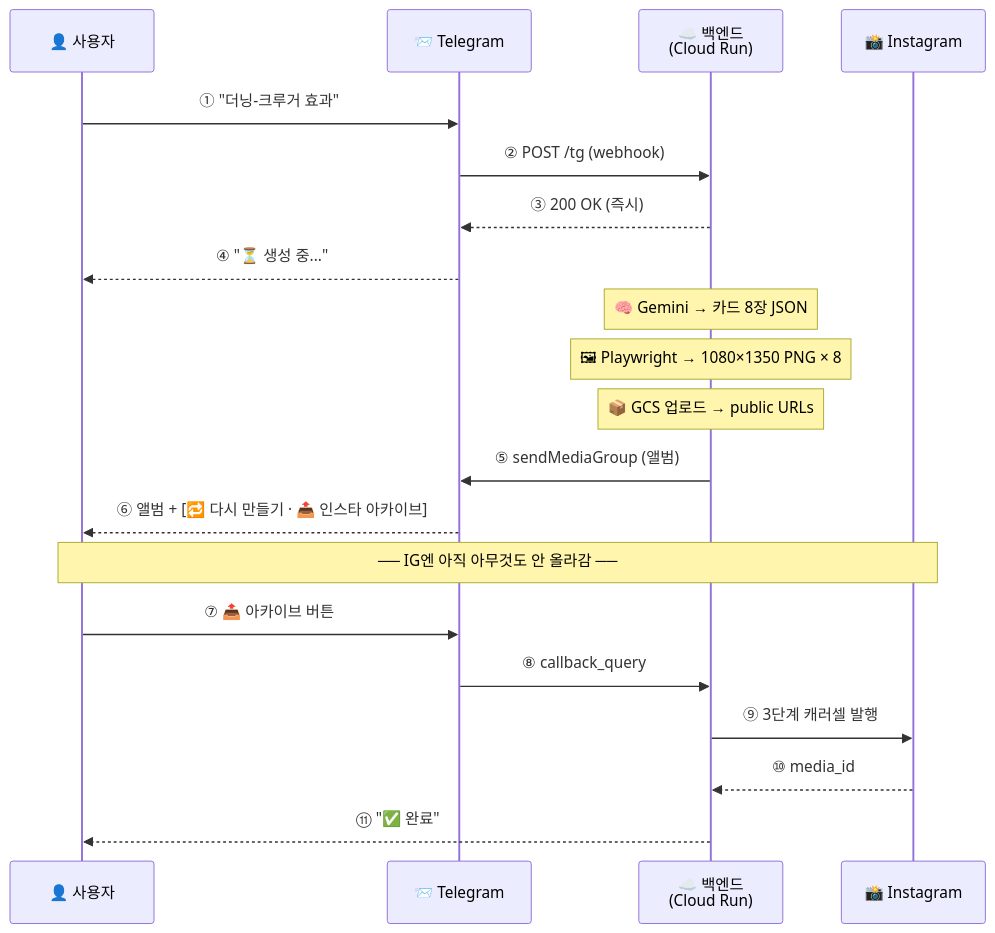
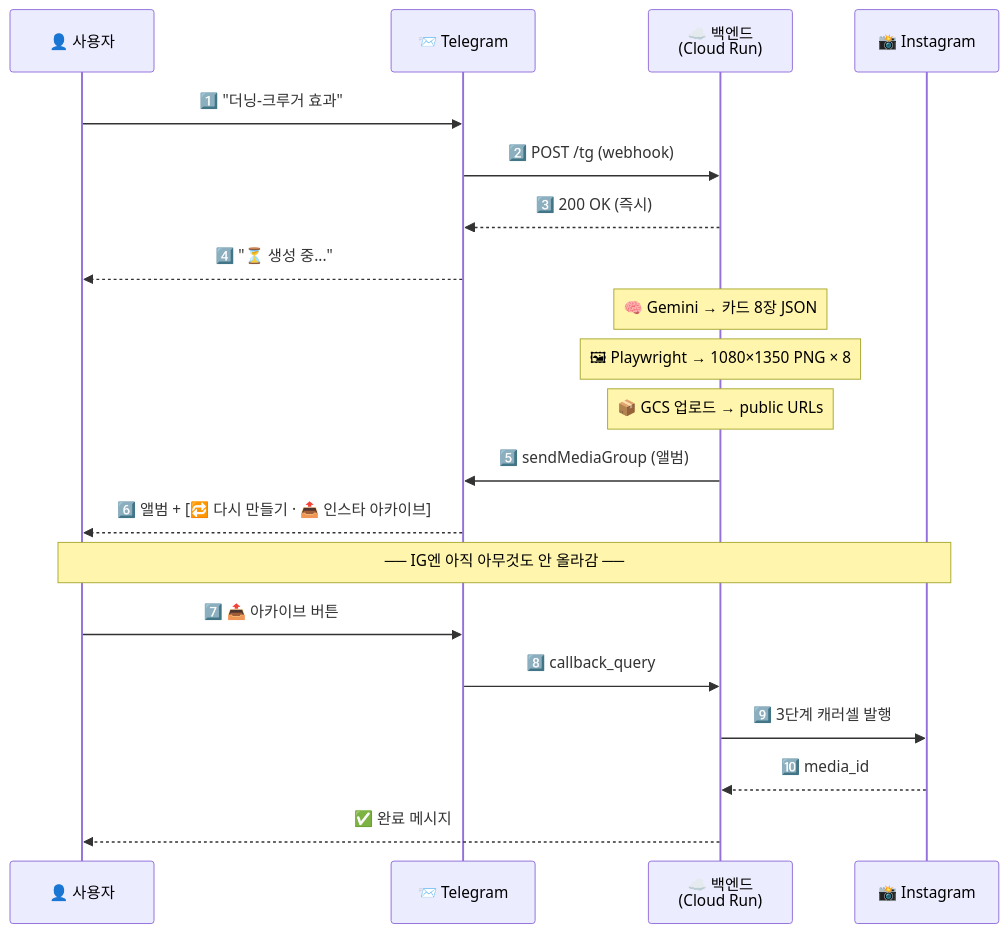
One commit to SheepJH/concept_archive changed the second of 2 diagrams in README.md. Above: the diagram before and after it, drawn with Mermaid.

Commit message:
README 시간 순서 번호: 원문자 → 이모지 숫자로 교체
①②③ 같은 유니코드 원문자는 기본 폰트에서 얇고 작게 렌더되어 여전히 가독성 떨어짐.
1️⃣ 2️⃣ 3️⃣ 이모지 숫자로 교체하면 크기/색 모두 확실하게 보임.
10단계까지는 🔟 사용, 11번째는 별도 표기 없이 ✅ 완료로 대체.

````diff
--- a/README.md
+++ b/README.md
@@ -93,27 +93,27 @@
 ```mermaid
 sequenceDiagram
     participant U as 👤 사용자
     participant T as 📨 Telegram
     participant B as ☁️ 백엔드<br/>(Cloud Run)
     participant I as 📸 Instagram
 
-    U->>T: ① "더닝-크루거 효과"
-    T->>B: ② POST /tg (webhook)
-    B-->>T: ③ 200 OK (즉시)
-    T-->>U: ④ "⏳ 생성 중..."
+    U->>T: 1️⃣ "더닝-크루거 효과"
+    T->>B: 2️⃣ POST /tg (webhook)
+    B-->>T: 3️⃣ 200 OK (즉시)
+    T-->>U: 4️⃣ "⏳ 생성 중..."
 
     Note over B: 🧠 Gemini → 카드 8장 JSON
     Note over B: 🖼 Playwright → 1080×1350 PNG × 8
     Note over B: 📦 GCS 업로드 → public URLs
 
-    B->>T: ⑤ sendMediaGroup (앨범)
-    T-->>U: ⑥ 앨범 + [🔁 다시 만들기 · 📤 인스타 아카이브]
+    B->>T: 5️⃣ sendMediaGroup (앨범)
+    T-->>U: 6️⃣ 앨범 + [🔁 다시 만들기 · 📤 인스타 아카이브]
 
     Note over U,I: ── IG엔 아직 아무것도 안 올라감 ──
 
-    U->>T: ⑦ 📤 아카이브 버튼
-    T->>B: ⑧ callback_query
-    B->>I: ⑨ 3단계 캐러셀 발행
-    I-->>B: ⑩ media_id
-    B-->>U: ⑪ "✅ 완료"
+    U->>T: 7️⃣ 📤 아카이브 버튼
+    T->>B: 8️⃣ callback_query
+    B->>I: 9️⃣ 3단계 캐러셀 발행
+    I-->>B: 🔟 media_id
+    B-->>U: ✅ 완료 메시지
 ```
````
